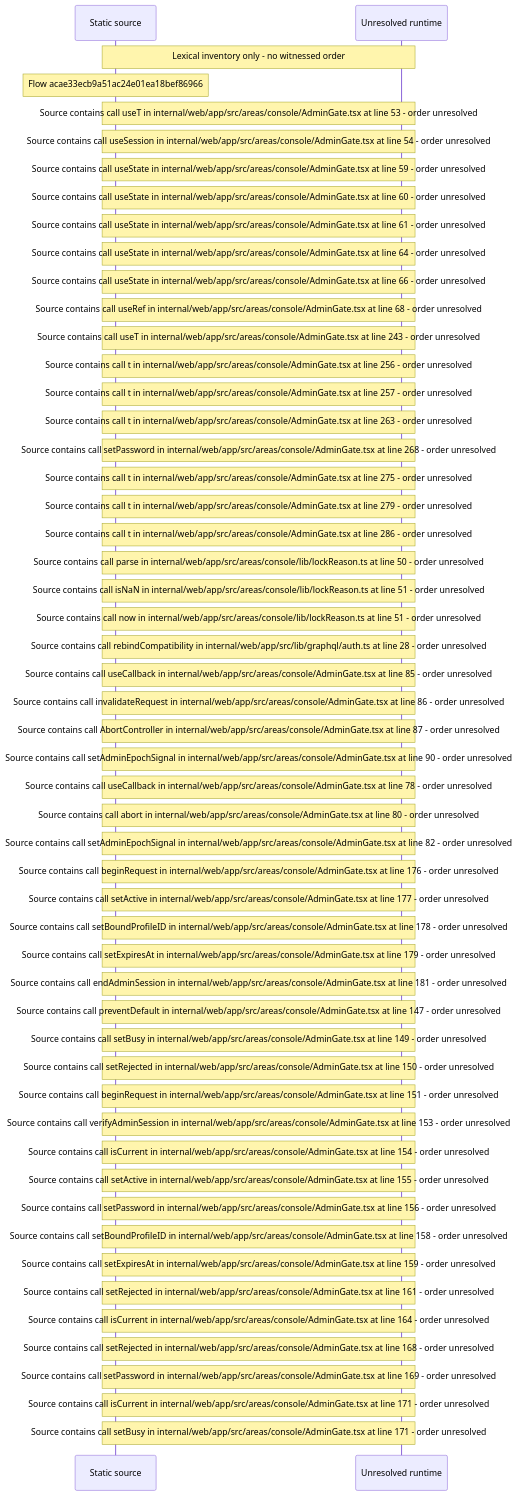
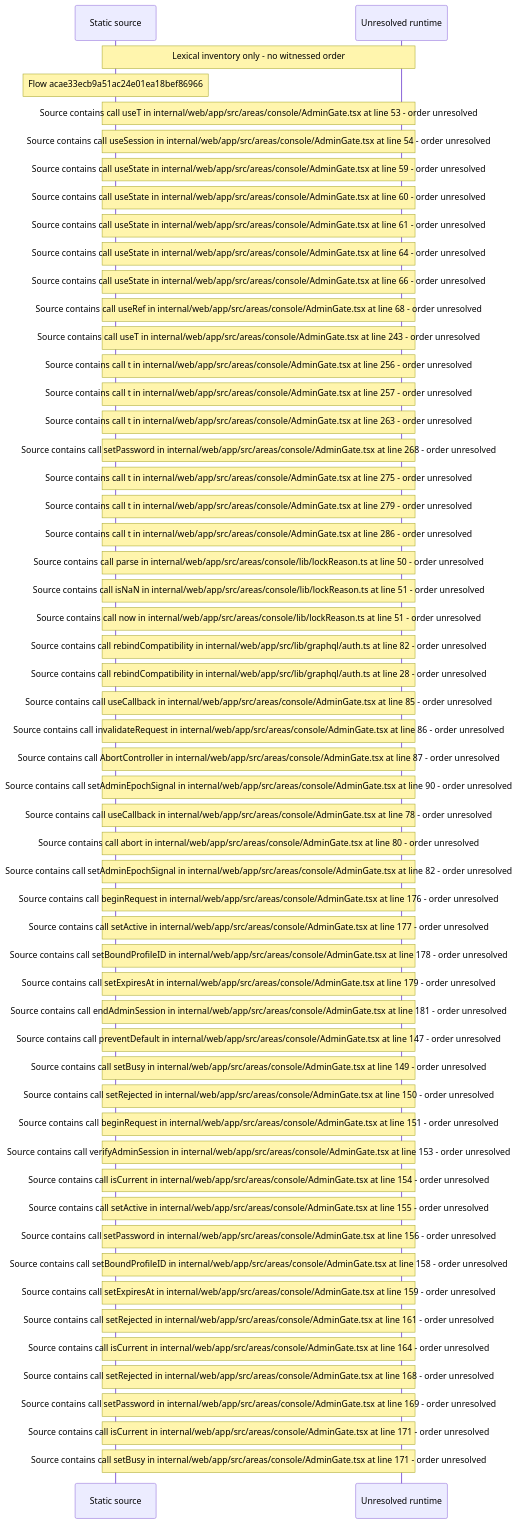
One commit to beamfall/core changed the diagram in docs/web/flows/generated/acae33ecb9a51ac24e01ea18bef86966/flow-diagram.md. Above: the diagram before and after it, drawn with Mermaid. The commit also changed other lines of this file and 699 other files, not shown here.

Commit message:
Regenerate the web flow record with flow generator version 5

````diff
--- a/docs/web/flows/generated/acae33ecb9a51ac24e01ea18bef86966/flow-diagram.md
+++ b/docs/web/flows/generated/acae33ecb9a51ac24e01ea18bef86966/flow-diagram.md
@@ -10,55 +10,56 @@
 ```mermaid
 sequenceDiagram
     participant S as Static source
     participant U as Unresolved runtime
     Note over S,U: Lexical inventory only - no witnessed order
     Note over S: Flow acae33ecb9a51ac24e01ea18bef86966
     Note over S,U: Source contains call useT in internal/web/app/src/areas/console/AdminGate.tsx at line 53 - order unresolved
     Note over S,U: Source contains call useSession in internal/web/app/src/areas/console/AdminGate.tsx at line 54 - order unresolved
     Note over S,U: Source contains call useState in internal/web/app/src/areas/console/AdminGate.tsx at line 59 - order unresolved
     Note over S,U: Source contains call useState in internal/web/app/src/areas/console/AdminGate.tsx at line 60 - order unresolved
     Note over S,U: Source contains call useState in internal/web/app/src/areas/console/AdminGate.tsx at line 61 - order unresolved
     Note over S,U: Source contains call useState in internal/web/app/src/areas/console/AdminGate.tsx at line 64 - order unresolved
     Note over S,U: Source contains call useState in internal/web/app/src/areas/console/AdminGate.tsx at line 66 - order unresolved
     Note over S,U: Source contains call useRef in internal/web/app/src/areas/console/AdminGate.tsx at line 68 - order unresolved
     Note over S,U: Source contains call useT in internal/web/app/src/areas/console/AdminGate.tsx at line 243 - order unresolved
     Note over S,U: Source contains call t in internal/web/app/src/areas/console/AdminGate.tsx at line 256 - order unresolved
     Note over S,U: Source contains call t in internal/web/app/src/areas/console/AdminGate.tsx at line 257 - order unresolved
     Note over S,U: Source contains call t in internal/web/app/src/areas/console/AdminGate.tsx at line 263 - order unresolved
     Note over S,U: Source contains call setPassword in internal/web/app/src/areas/console/AdminGate.tsx at line 268 - order unresolved
     Note over S,U: Source contains call t in internal/web/app/src/areas/console/AdminGate.tsx at line 275 - order unresolved
     Note over S,U: Source contains call t in internal/web/app/src/areas/console/AdminGate.tsx at line 279 - order unresolved
     Note over S,U: Source contains call t in internal/web/app/src/areas/console/AdminGate.tsx at line 286 - order unresolved
     Note over S,U: Source contains call parse in internal/web/app/src/areas/console/lib/lockReason.ts at line 50 - order unresolved
     Note over S,U: Source contains call isNaN in internal/web/app/src/areas/console/lib/lockReason.ts at line 51 - order unresolved
     Note over S,U: Source contains call now in internal/web/app/src/areas/console/lib/lockReason.ts at line 51 - order unresolved
+    Note over S,U: Source contains call rebindCompatibility in internal/web/app/src/lib/graphql/auth.ts at line 82 - order unresolved
     Note over S,U: Source contains call rebindCompatibility in internal/web/app/src/lib/graphql/auth.ts at line 28 - order unresolved
     Note over S,U: Source contains call useCallback in internal/web/app/src/areas/console/AdminGate.tsx at line 85 - order unresolved
     Note over S,U: Source contains call invalidateRequest in internal/web/app/src/areas/console/AdminGate.tsx at line 86 - order unresolved
     Note over S,U: Source contains call AbortController in internal/web/app/src/areas/console/AdminGate.tsx at line 87 - order unresolved
     Note over S,U: Source contains call setAdminEpochSignal in internal/web/app/src/areas/console/AdminGate.tsx at line 90 - order unresolved
     Note over S,U: Source contains call useCallback in internal/web/app/src/areas/console/AdminGate.tsx at line 78 - order unresolved
     Note over S,U: Source contains call abort in internal/web/app/src/areas/console/AdminGate.tsx at line 80 - order unresolved
     Note over S,U: Source contains call setAdminEpochSignal in internal/web/app/src/areas/console/AdminGate.tsx at line 82 - order unresolved
     Note over S,U: Source contains call beginRequest in internal/web/app/src/areas/console/AdminGate.tsx at line 176 - order unresolved
     Note over S,U: Source contains call setActive in internal/web/app/src/areas/console/AdminGate.tsx at line 177 - order unresolved
     Note over S,U: Source contains call setBoundProfileID in internal/web/app/src/areas/console/AdminGate.tsx at line 178 - order unresolved
     Note over S,U: Source contains call setExpiresAt in internal/web/app/src/areas/console/AdminGate.tsx at line 179 - order unresolved
     Note over S,U: Source contains call endAdminSession in internal/web/app/src/areas/console/AdminGate.tsx at line 181 - order unresolved
     Note over S,U: Source contains call preventDefault in internal/web/app/src/areas/console/AdminGate.tsx at line 147 - order unresolved
     Note over S,U: Source contains call setBusy in internal/web/app/src/areas/console/AdminGate.tsx at line 149 - order unresolved
     Note over S,U: Source contains call setRejected in internal/web/app/src/areas/console/AdminGate.tsx at line 150 - order unresolved
     Note over S,U: Source contains call beginRequest in internal/web/app/src/areas/console/AdminGate.tsx at line 151 - order unresolved
     Note over S,U: Source contains call verifyAdminSession in internal/web/app/src/areas/console/AdminGate.tsx at line 153 - order unresolved
     Note over S,U: Source contains call isCurrent in internal/web/app/src/areas/console/AdminGate.tsx at line 154 - order unresolved
     Note over S,U: Source contains call setActive in internal/web/app/src/areas/console/AdminGate.tsx at line 155 - order unresolved
     Note over S,U: Source contains call setPassword in internal/web/app/src/areas/console/AdminGate.tsx at line 156 - order unresolved
     Note over S,U: Source contains call setBoundProfileID in internal/web/app/src/areas/console/AdminGate.tsx at line 158 - order unresolved
     Note over S,U: Source contains call setExpiresAt in internal/web/app/src/areas/console/AdminGate.tsx at line 159 - order unresolved
     Note over S,U: Source contains call setRejected in internal/web/app/src/areas/console/AdminGate.tsx at line 161 - order unresolved
     Note over S,U: Source contains call isCurrent in internal/web/app/src/areas/console/AdminGate.tsx at line 164 - order unresolved
     Note over S,U: Source contains call setRejected in internal/web/app/src/areas/console/AdminGate.tsx at line 168 - order unresolved
     Note over S,U: Source contains call setPassword in internal/web/app/src/areas/console/AdminGate.tsx at line 169 - order unresolved
     Note over S,U: Source contains call isCurrent in internal/web/app/src/areas/console/AdminGate.tsx at line 171 - order unresolved
     Note over S,U: Source contains call setBusy in internal/web/app/src/areas/console/AdminGate.tsx at line 171 - order unresolved
 ```
````
